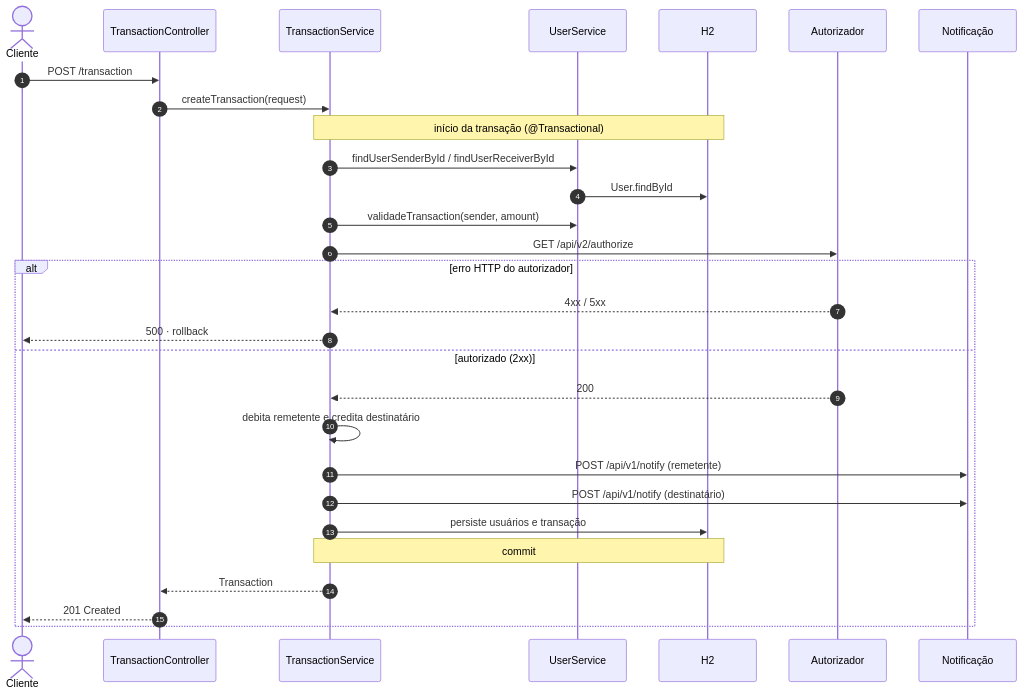
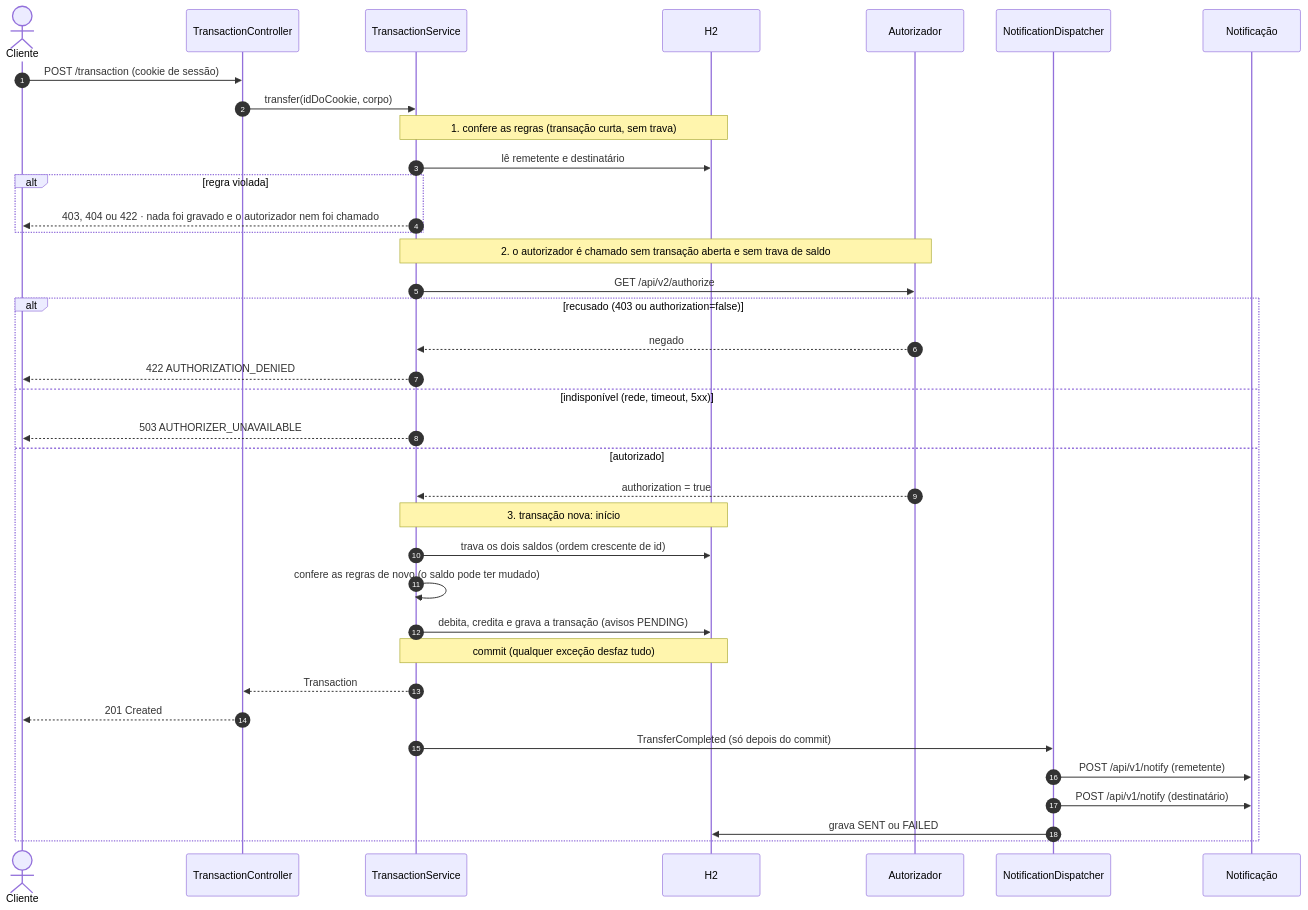
The second of 3 diagrams in README.md (WhallysonGGDS/Desafio-picpay-quarkus), drawn with Mermaid before and after one commit. The commit also changed other lines of this file and 244 other files, not shown here.

````diff
--- a/README.md
+++ b/README.md
@@ -176,32 +215,40 @@
 ```mermaid
 sequenceDiagram
     autonumber
     actor C as Cliente
     participant TC as TransactionController
     participant TS as TransactionService
-    participant US as UserService
     participant DB as H2
     participant AUT as Autorizador
+    participant ND as NotificationDispatcher
     participant NOT as Notificação
 
-    C->>TC: POST /transaction
-    TC->>TS: createTransaction(request)
-    Note over TS,DB: início da transação (@Transactional)
-    TS->>US: findUserSenderById / findUserReceiverById
-    US->>DB: User.findById
-    TS->>US: validadeTransaction(sender, amount)
+    C->>TC: POST /transaction (cookie de sessão)
+    TC->>TS: transfer(idDoCookie, corpo)
+    Note over TS,DB: 1. confere as regras (transação curta, sem trava)
+    TS->>DB: lê remetente e destinatário
+    alt regra violada
+        TS-->>C: 403, 404 ou 422 · nada foi gravado e o autorizador nem foi chamado
+    end
+    Note over TS,AUT: 2. o autorizador é chamado sem transação aberta e sem trava de saldo
     TS->>AUT: GET /api/v2/authorize
-    alt erro HTTP do autorizador
-        AUT-->>TS: 4xx / 5xx
-        TS-->>C: 500 · rollback
-    else autorizado (2xx)
-        AUT-->>TS: 200
-        TS->>TS: debita remetente e credita destinatário
-        TS->>NOT: POST /api/v1/notify (remetente)
-        TS->>NOT: POST /api/v1/notify (destinatário)
-        TS->>DB: persiste usuários e transação
-        Note over TS,DB: commit
+    alt recusado (403 ou authorization=false)
+        AUT-->>TS: negado
+        TS-->>C: 422 AUTHORIZATION_DENIED
+    else indisponível (rede, timeout, 5xx)
+        TS-->>C: 503 AUTHORIZER_UNAVAILABLE
+    else autorizado
+        AUT-->>TS: authorization = true
+        Note over TS,DB: 3. transação nova: início
+        TS->>DB: trava os dois saldos (ordem crescente de id)
+        TS->>TS: confere as regras de novo (o saldo pode ter mudado)
+        TS->>DB: debita, credita e grava a transação (avisos PENDING)
+        Note over TS,DB: commit (qualquer exceção desfaz tudo)
         TS-->>TC: Transaction
         TC-->>C: 201 Created
+        TS->>ND: TransferCompleted (só depois do commit)
+        ND->>NOT: POST /api/v1/notify (remetente)
+        ND->>NOT: POST /api/v1/notify (destinatário)
+        ND->>DB: grava SENT ou FAILED
     end
 ```
````
